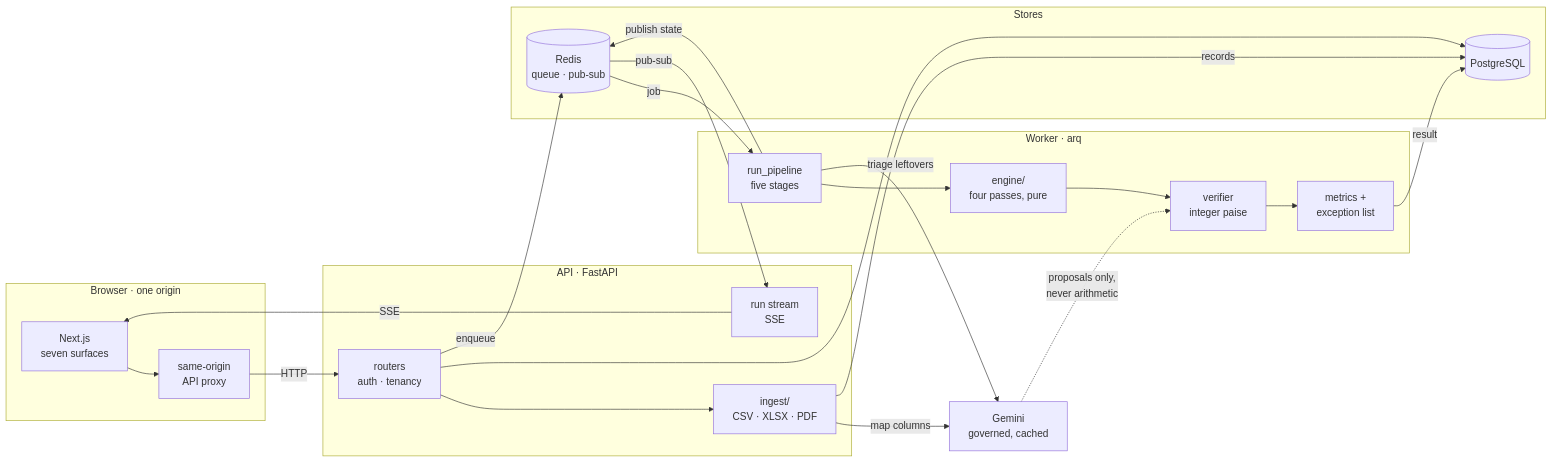
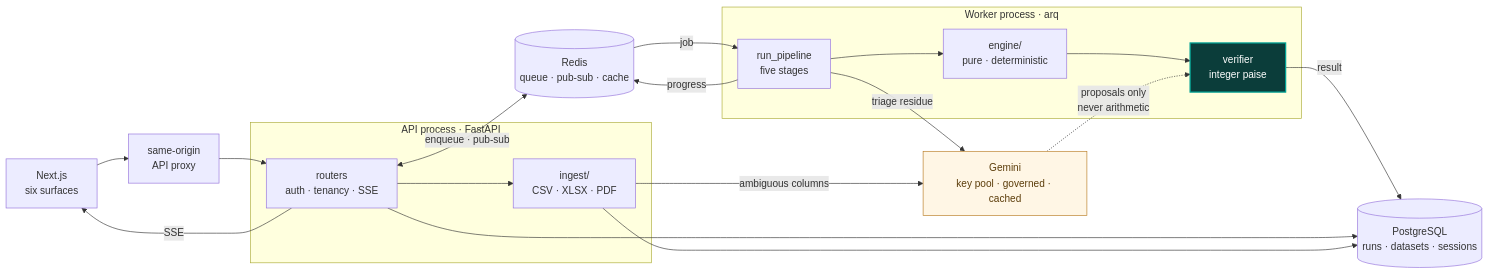
Before and after one commit to RiteshGadarla/Ledgerline: the second of 2 diagrams in README.md, drawn with Mermaid. The commit also changed other lines of this file and 6 other files, not shown here.

````diff
--- a/README.md
+++ b/README.md
@@ -130,42 +178,38 @@
 ```mermaid
 flowchart LR
-    subgraph client["Browser · one origin"]
-        UI["Next.js<br/>seven surfaces"]
-        PROXY["same-origin<br/>API proxy"]
+    UI["Next.js<br/>six surfaces"] --> PROXY["same-origin<br/>API proxy"]
+
+    subgraph api["API process · FastAPI"]
+        ROUTES["routers<br/>auth · tenancy · SSE"]
+        INGEST["ingest/<br/>CSV · XLSX · PDF"]
     end
 
-    subgraph apiproc["API · FastAPI"]
-        ROUTES["routers<br/>auth · tenancy"]
-        INGEST["ingest/<br/>CSV · XLSX · PDF"]
-        STREAM["run stream<br/>SSE"]
+    subgraph worker["Worker process · arq"]
+        PIPE["run_pipeline<br/>five stages"]
+        ENGINE["engine/<br/>pure · deterministic"]
+        VERIFY["verifier<br/>integer paise"]
     end
 
-    subgraph workerproc["Worker · arq"]
-        PIPE["run_pipeline<br/>five stages"]
-        ENGINE["engine/<br/>four passes, pure"]
-        VERIFY["verifier<br/>integer paise"]
-        METRICS["metrics +<br/>exception list"]
-    end
+    REDIS[("Redis<br/>queue · pub-sub · cache")]
+    PG[("PostgreSQL<br/>runs · datasets · sessions")]
+    GEMINI["Gemini<br/>key pool · governed · cached"]
 
-    subgraph stores["Stores"]
-        PG[("PostgreSQL")]
-        REDIS[("Redis<br/>queue · pub-sub")]
-    end
+    PROXY --> ROUTES
+    ROUTES --> INGEST
+    ROUTES <-->|"enqueue · pub-sub"| REDIS
+    REDIS -->|"job"| PIPE
+    PIPE --> ENGINE --> VERIFY -->|"result"| PG
+    ROUTES --> PG
+    INGEST --> PG
+    PIPE -->|"progress"| REDIS
+    ROUTES -->|"SSE"| UI
 
-    GEMINI["Gemini<br/>governed, cached"]
+    INGEST -->|"ambiguous columns"| GEMINI
+    PIPE -->|"triage residue"| GEMINI
+    GEMINI -.->|"proposals only<br/>never arithmetic"| VERIFY
 
-    UI --> PROXY
-    PROXY -->|"HTTP"| ROUTES
-    ROUTES --> INGEST
-    INGEST -->|"map columns"| GEMINI
-    INGEST -->|"records"| PG
-    ROUTES --> PG
-    ROUTES -->|"enqueue"| REDIS
-    REDIS -->|"job"| PIPE
-    PIPE --> ENGINE --> VERIFY --> METRICS -->|"result"| PG
-    PIPE -->|"triage leftovers"| GEMINI
-    GEMINI -.->|"proposals only,<br/>never arithmetic"| VERIFY
-    PIPE -->|"publish state"| REDIS
-    REDIS -->|"pub-sub"| STREAM
-    STREAM -->|"SSE"| UI
+    classDef gate fill:#0b3d3a,stroke:#00a294,stroke-width:2px,color:#ffffff
+    classDef ext fill:#fff6e5,stroke:#b7791f,color:#5c3d0a
+    class VERIFY gate
+    class GEMINI ext
 ```
````
